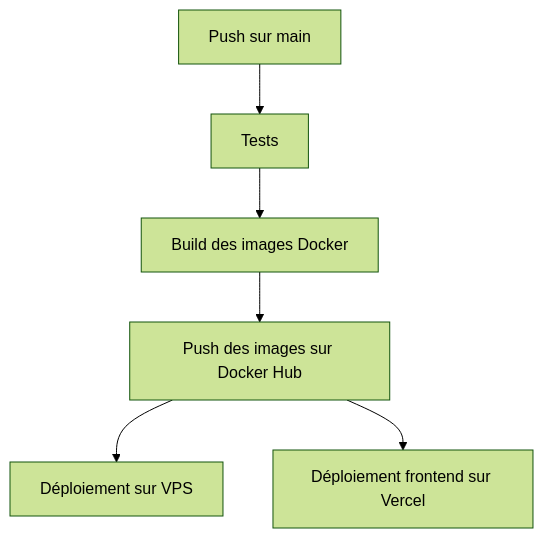
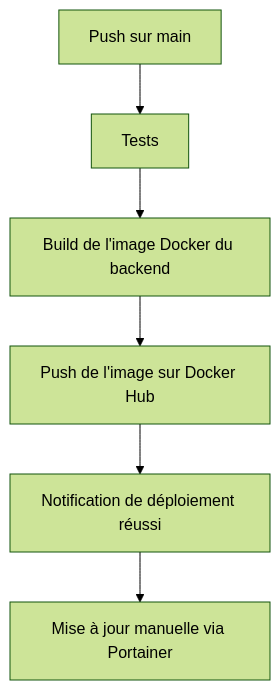
The diagram in DEPLOYMENT.md (Zlarb02/FocusLightCommerce), drawn with Mermaid (forest theme) before and after one commit. The commit also changed other lines of this file and 2 other files, not shown here.

Commit message:
deploy vercel + vps test 2

````diff
--- a/DEPLOYMENT.md
+++ b/DEPLOYMENT.md
@@ -137,8 +164,8 @@
 ```mermaid
 graph TD
     A[Push sur main] --> B[Tests]
-    B --> C[Build des images Docker]
-    C --> D[Push des images sur Docker Hub]
-    D --> E[Déploiement sur VPS]
-    D --> F[Déploiement frontend sur Vercel]
+    B --> C[Build de l'image Docker du backend]
+    C --> D[Push de l'image sur Docker Hub]
+    D --> E[Notification de déploiement réussi]
+    E --> F[Mise à jour manuelle via Portainer]
 ```
````
